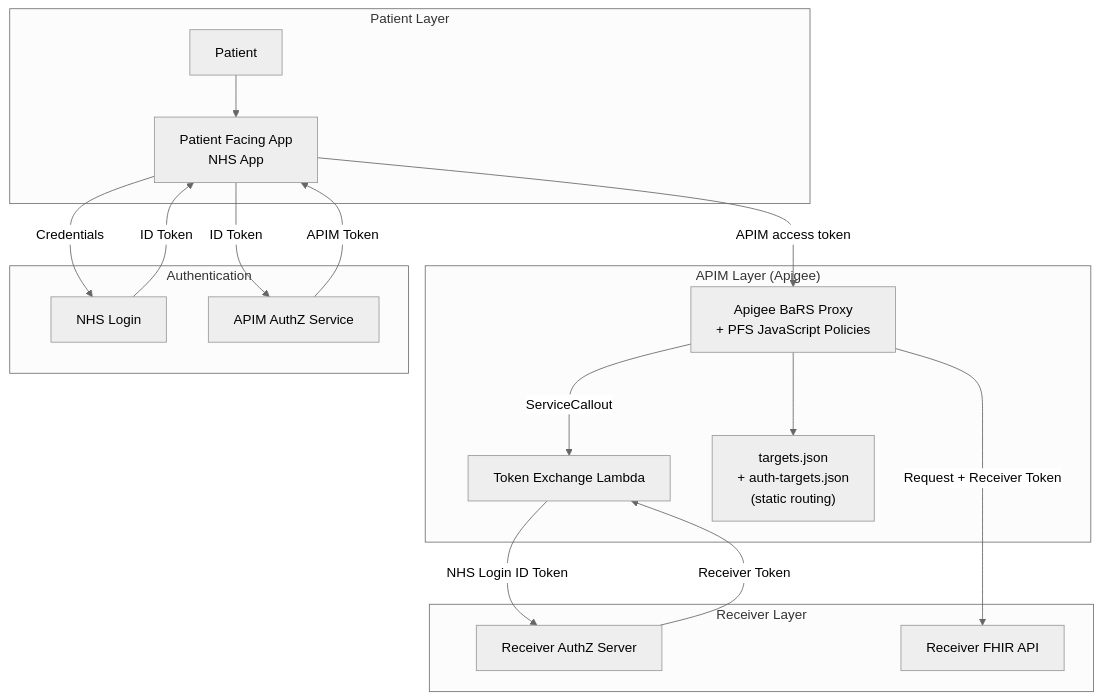
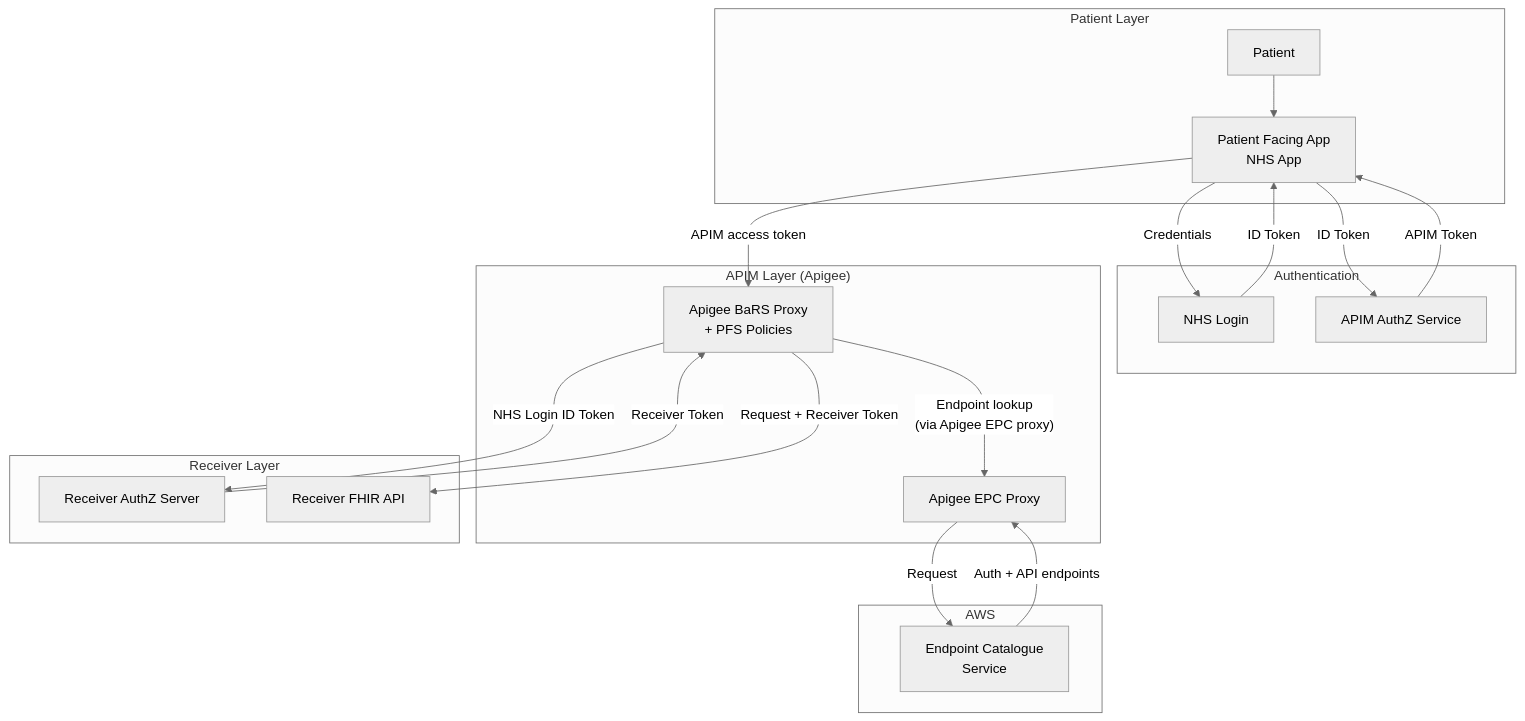
One commit to RichardWardNHSD/BaRS-Appointments-StandardPattern changed the first of 4 diagrams in ADR/ADR-060/ADR-060-Patient-Facing-BaRS-Authentication.md. Above: the diagram before and after it, drawn with Mermaid (neutral theme). The commit also changed other lines of this file, not shown here.

Commit message:
diagram updates

````diff
--- a/ADR/ADR-060/ADR-060-Patient-Facing-BaRS-Authentication.md
+++ b/ADR/ADR-060/ADR-060-Patient-Facing-BaRS-Authentication.md
@@ -92,25 +92,29 @@
 ```mermaid
 graph TD
     subgraph PatientLayer["Patient Layer"]
         P[Patient] --> PFA[Patient Facing App<br/>NHS App]
-    end
-
-    subgraph APIMLayer["APIM Layer (Apigee)"]
-        PFA -->|"APIM access token"| PROXY[Apigee BaRS Proxy<br/>+ PFS JavaScript Policies]
-        PROXY -->|"ServiceCallout"| LAMBDA[Token Exchange Lambda]
-        PROXY --> TARGETS["targets.json<br/>+ auth-targets.json<br/>(static routing)"]
     end
 
     subgraph AuthLayer["Authentication"]
         PFA -->|"Credentials"| NL[NHS Login]
         NL -->|"ID Token"| PFA
         PFA -->|"ID Token"| APIM_AUTH[APIM AuthZ Service]
         APIM_AUTH -->|"APIM Token"| PFA
     end
 
+    subgraph APIMLayer["APIM Layer (Apigee)"]
+        PFA -->|"APIM access token"| PROXY[Apigee BaRS Proxy<br/>+ PFS Policies]
+        PROXY -->|"Endpoint lookup<br/>(via Apigee EPC proxy)"| EPC_PROXY[Apigee EPC Proxy]
+    end
+
+    subgraph AWSLayer["AWS"]
+        EPC_PROXY -->|"Request"| EPC[Endpoint Catalogue<br/>Service]
+        EPC -->|"Auth + API endpoints"| EPC_PROXY
+    end
+
     subgraph ReceiverLayer["Receiver Layer"]
-        LAMBDA -->|"NHS Login ID Token"| REC_AUTH[Receiver AuthZ Server]
-        REC_AUTH -->|"Receiver Token"| LAMBDA
+        PROXY -->|"NHS Login ID Token"| REC_AUTH[Receiver AuthZ Server]
+        REC_AUTH -->|"Receiver Token"| PROXY
         PROXY -->|"Request + Receiver Token"| REC_API[Receiver FHIR API]
     end
 ```
````
